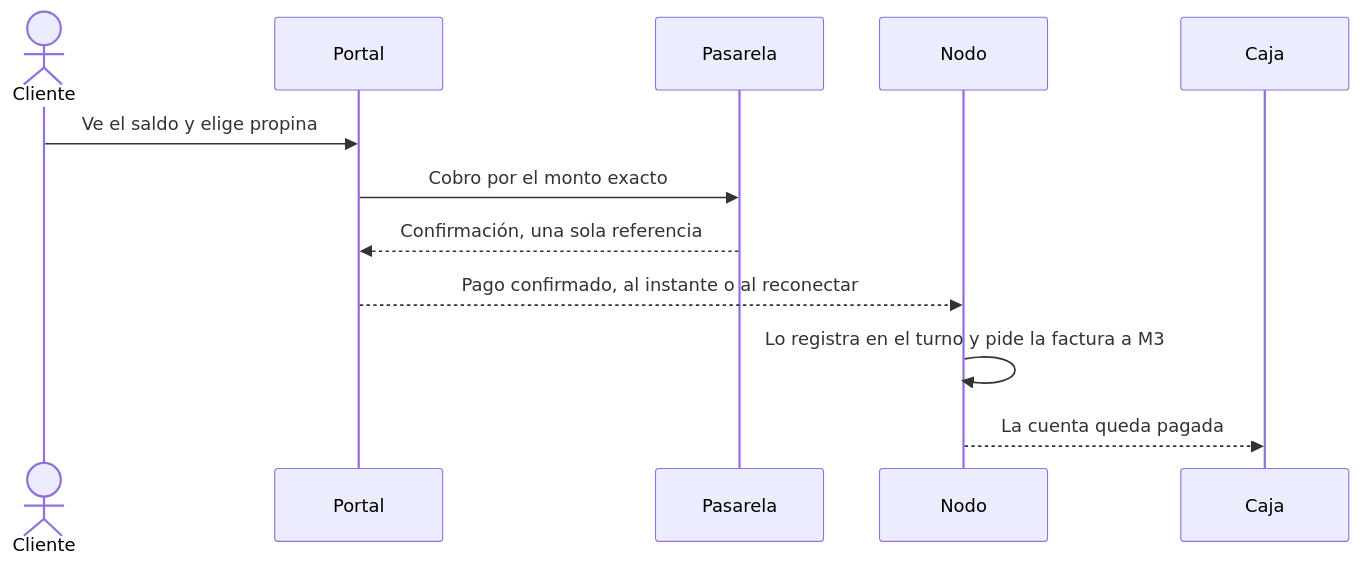
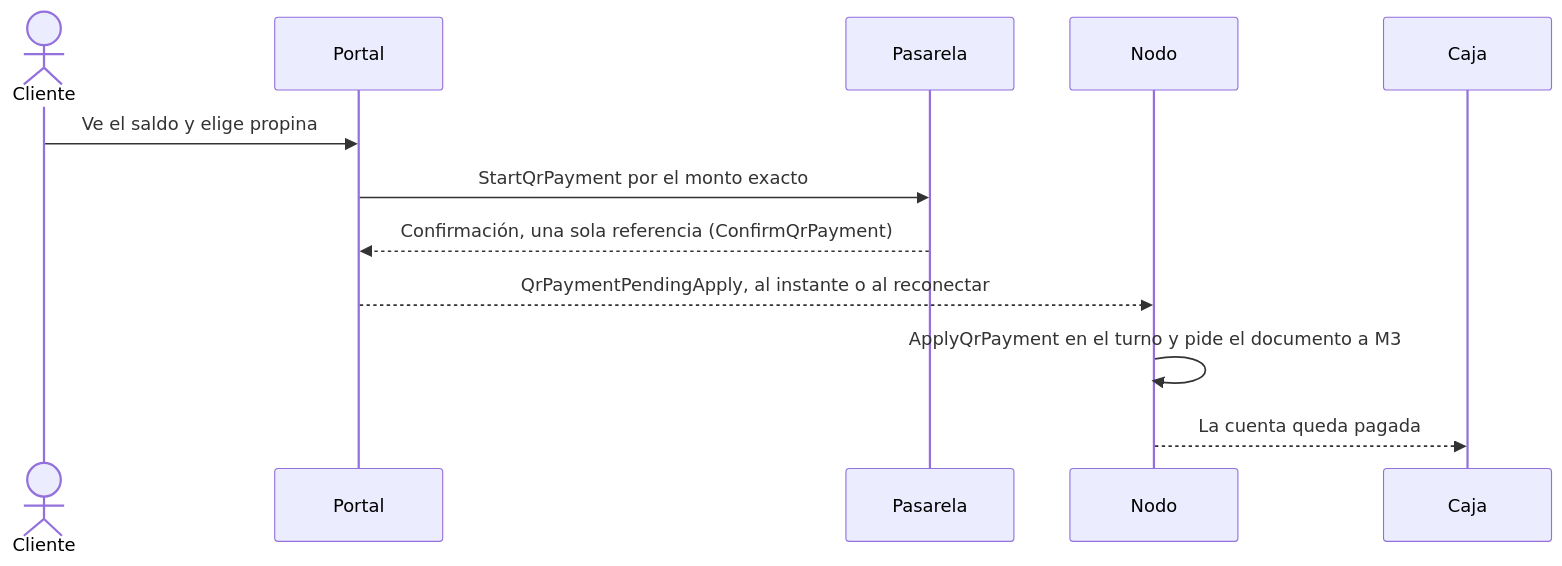
Before and after one commit to CesarJOtizM/blackHole: the fourth of 5 diagrams in docs/flujos/m2-caja.md, drawn with Mermaid. The commit also changed other lines of this file and 159 other files, not shown here.

````diff
--- a/docs/flujos/m2-caja.md
+++ b/docs/flujos/m2-caja.md
@@ -89,15 +93,15 @@
 ```mermaid
 sequenceDiagram
   actor Cliente
   participant Portal as Portal
   participant Pasarela
   participant Nodo
   participant Caja
 
   Cliente->>Portal: Ve el saldo y elige propina
-  Portal->>Pasarela: Cobro por el monto exacto
-  Pasarela-->>Portal: Confirmación, una sola referencia
-  Portal-->>Nodo: Pago confirmado, al instante o al reconectar
-  Nodo->>Nodo: Lo registra en el turno y pide la factura a M3
+  Portal->>Pasarela: StartQrPayment por el monto exacto
+  Pasarela-->>Portal: Confirmación, una sola referencia (ConfirmQrPayment)
+  Portal-->>Nodo: QrPaymentPendingApply, al instante o al reconectar
+  Nodo->>Nodo: ApplyQrPayment en el turno y pide el documento a M3
   Nodo-->>Caja: La cuenta queda pagada
 ```
````
